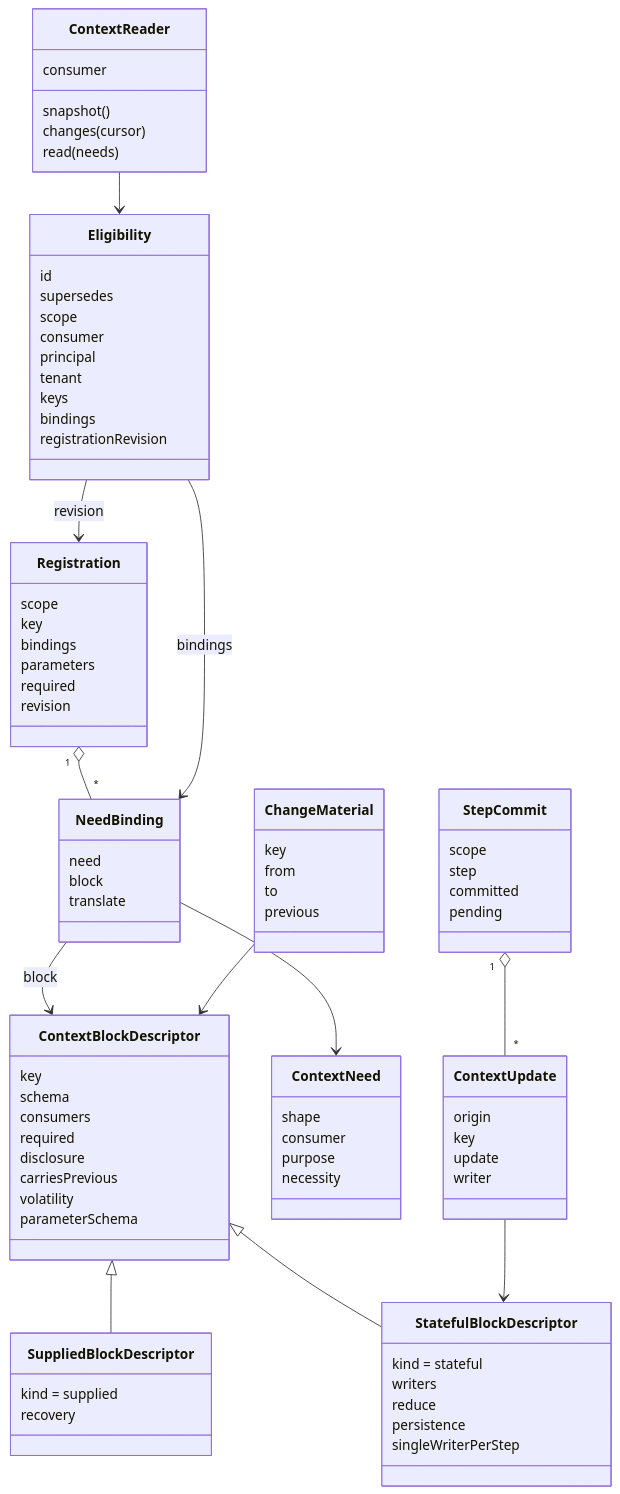
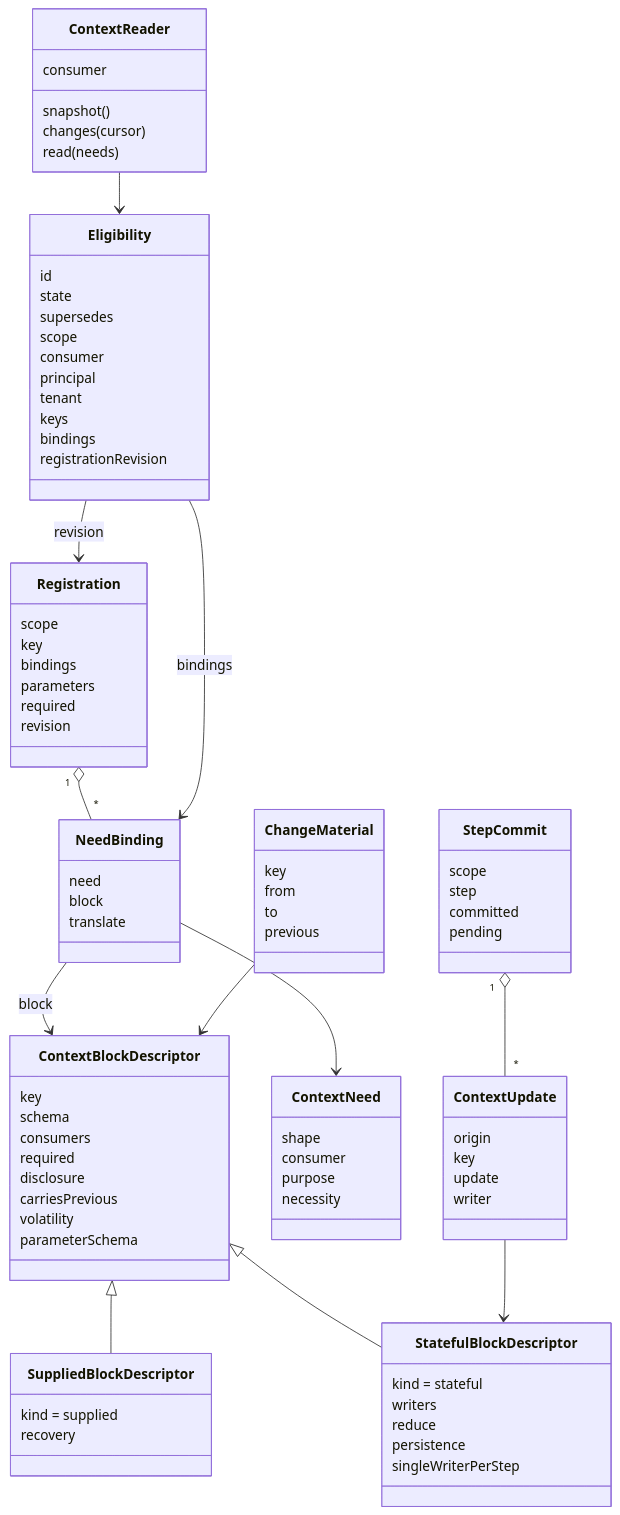
The first of 2 diagrams in packages/context/runtime-context-contract/docs/object-model.md (nemori-ai/omne-harness-lite), drawn with Mermaid before and after one commit. The commit also changed other lines of this file and 68 other files, not shown here.

```diff
--- a/packages/context/runtime-context-contract/docs/object-model.md
+++ b/packages/context/runtime-context-contract/docs/object-model.md
@@ -111,6 +112,7 @@
   }
   class Eligibility {
     id
+    state
     supersedes
     scope
     consumer
```
